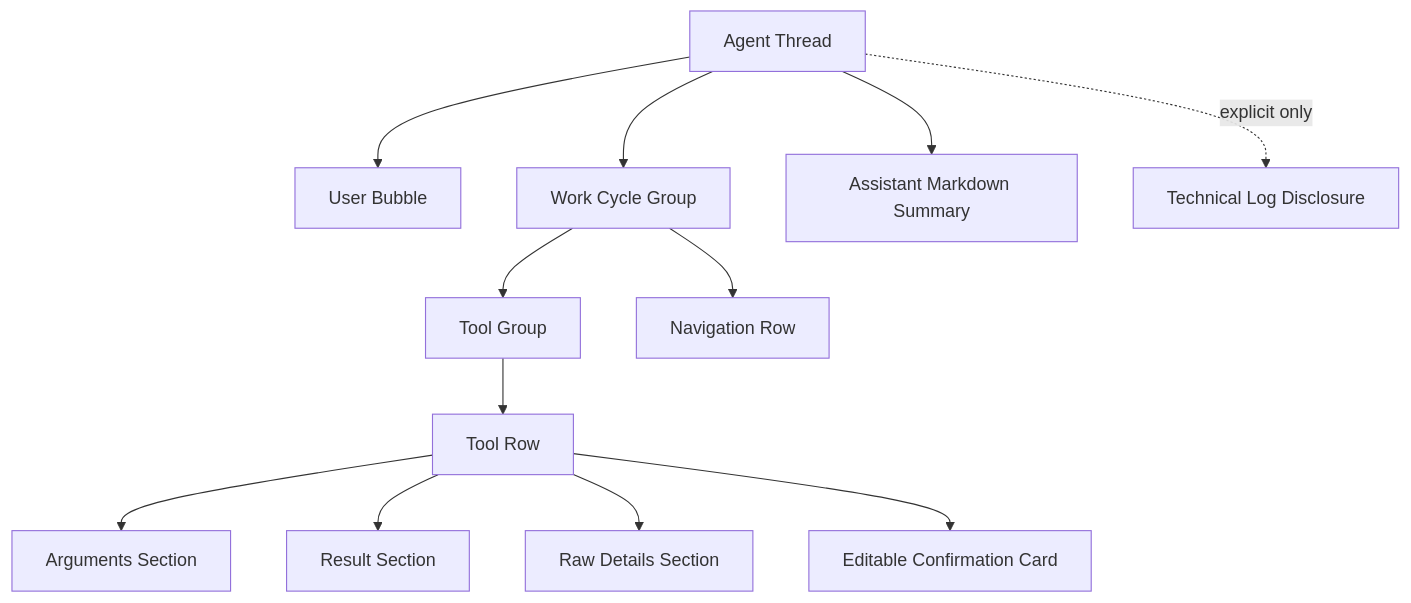
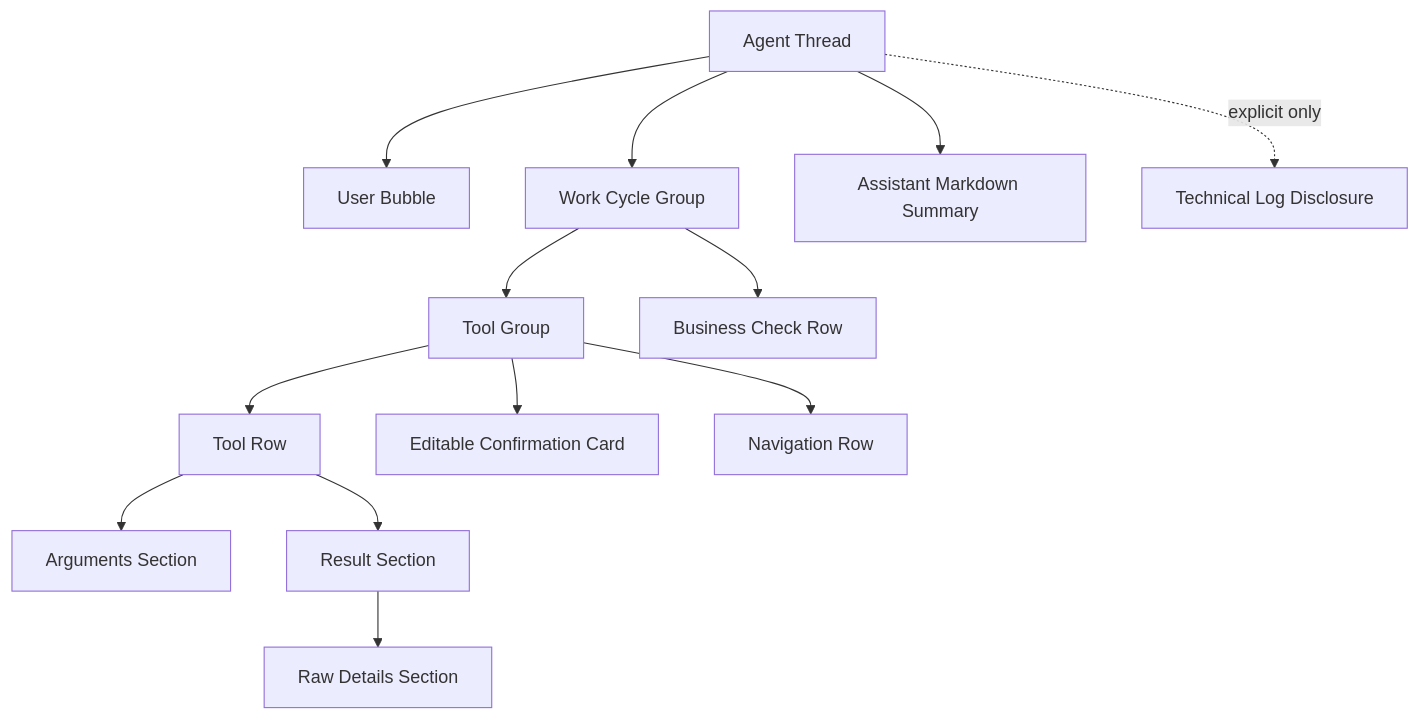
Before and after one commit to Suysker/xox-model: the first of 2 diagrams in docs/adr/0011-layered-agent-transcript-disclosure.md, drawn with Mermaid. The commit also changed other lines of this file and 8 other files, not shown here.

````diff
--- a/docs/adr/0011-layered-agent-transcript-disclosure.md
+++ b/docs/adr/0011-layered-agent-transcript-disclosure.md
@@ -112,27 +168,29 @@
 ```mermaid
 flowchart TD
   Thread[Agent Thread]
   User[User Bubble]
   Work[Work Cycle Group]
   ToolGroup[Tool Group]
   ToolRow[Tool Row]
   ToolArgs[Arguments Section]
   ToolResult[Result Section]
   Raw[Raw Details Section]
   Confirm[Editable Confirmation Card]
   Nav[Navigation Row]
+  Check[Business Check Row]
   Assistant[Assistant Markdown Summary]
   Tech[Technical Log Disclosure]
 
   Thread --> User
   Thread --> Work
   Work --> ToolGroup
   ToolGroup --> ToolRow
   ToolRow --> ToolArgs
   ToolRow --> ToolResult
-  ToolRow --> Raw
-  ToolRow --> Confirm
-  Work --> Nav
+  ToolResult --> Raw
+  ToolGroup --> Nav
+  ToolGroup --> Confirm
+  Work --> Check
   Thread --> Assistant
   Thread -. explicit only .-> Tech
 ```
````
